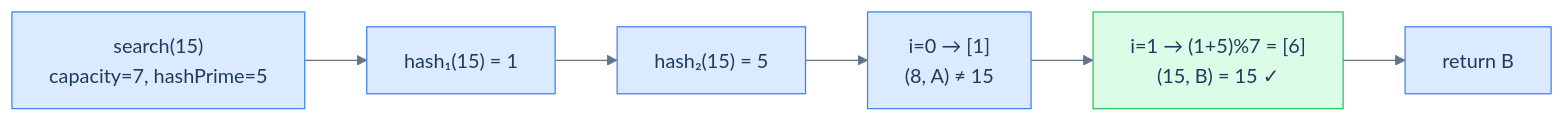
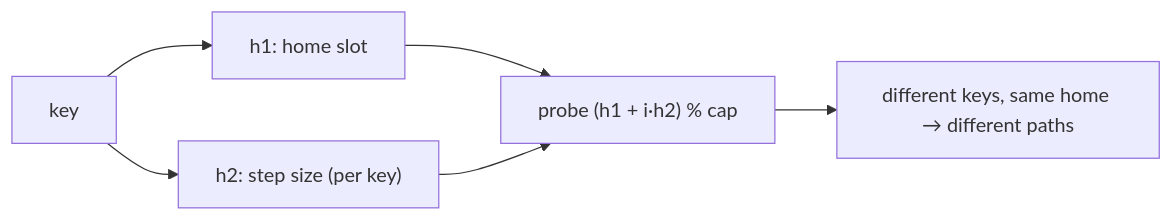
One commit to ani2fun/codefolio changed the diagram in content/cortex/data-structures-and-algorithms/02-linear-structures/07-hash-table/05-double-hashing.md. Above: the diagram before and after it, drawn with Mermaid. The commit also changed other lines of this file and 1049 other files, not shown here.

````diff
--- a/content/cortex/data-structures-and-algorithms/02-linear-structures/07-hash-table/05-double-hashing.md
+++ b/content/cortex/data-structures-and-algorithms/02-linear-structures/07-hash-table/05-double-hashing.md
@@ -333,20 +66,8 @@
 ```mermaid
----
-config:
-  theme: base
-  themeVariables:
-    primaryColor: "#dbeafe"
-    primaryBorderColor: "#3b82f6"
-    primaryTextColor: "#1e3a5f"
-    lineColor: "#64748b"
-    secondaryColor: "#ede9fe"
-    tertiaryColor: "#fef9c3"
----
 flowchart LR
-    Q["search(15)<br/>capacity=7, hashPrime=5"] --> H1["hash₁(15) = 1"]
-    H1 --> H2["hash₂(15) = 5"]
-    H2 --> P0["i=0 → [1]<br/>(8, A) ≠ 15"]
-    P0 --> P1["i=1 → (1+5)%7 = [6]<br/>(15, B) = 15 ✓"]
-    P1 --> R["return B"]
-    style P1 fill:#dcfce7,stroke:#22c55e
+  K["key"] --> H1["h1: home slot"]
+  K --> H2["h2: step size (per key)"]
+  H1 --> P["probe (h1 + i·h2) % cap"]
+  H2 --> P
+  P --> R["different keys, same home → different paths"]
 ```
````
